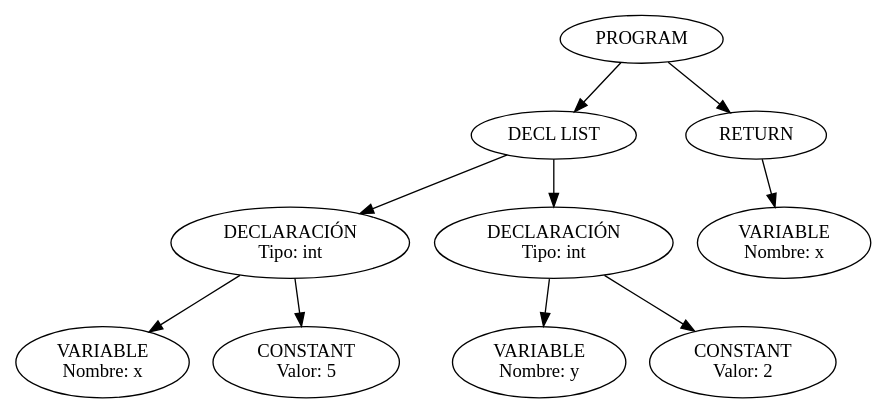
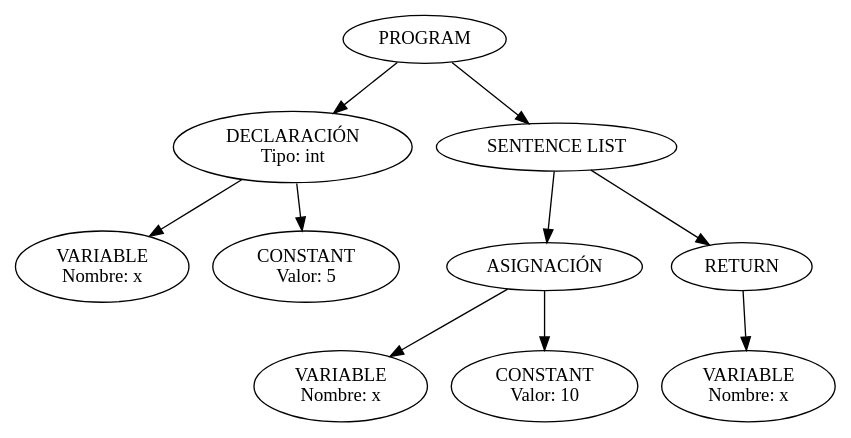
Before and after one commit to LucioMansilla/loopi_compiler: the diagram in ast.dot, drawn with Graphviz. The commit also changed 8 other files, not shown here.

```diff
--- a/ast.dot
+++ b/ast.dot
@@ -1,21 +1,21 @@
 digraph AST {
   0 [label="PROGRAM"];
-  1 [label="DECL LIST"];
-  2 [label="DECLARACIÓN\nTipo: int"];
-  3 [label="VARIABLE\nNombre: x"];
-  2 -> 3;
-  4 [label="CONSTANT\nValor: 5"];
-  2 -> 4;
+  1 [label="DECLARACIÓN\nTipo: int"];
+  2 [label="VARIABLE\nNombre: x"];
   1 -> 2;
-  5 [label="DECLARACIÓN\nTipo: int"];
-  6 [label="VARIABLE\nNombre: y"];
+  3 [label="CONSTANT\nValor: 5"];
+  1 -> 3;
+  0 -> 1;
+  4 [label="SENTENCE LIST"];
+  5 [label="ASIGNACIÓN"];
+  6 [label="VARIABLE\nNombre: x"];
   5 -> 6;
-  7 [label="CONSTANT\nValor: 2"];
+  7 [label="CONSTANT\nValor: 10"];
   5 -> 7;
-  1 -> 5;
-  0 -> 1;
+  4 -> 5;
   8 [label="RETURN"];
   9 [label="VARIABLE\nNombre: x"];
   8 -> 9;
-  0 -> 8;
+  4 -> 8;
+  0 -> 4;
 }
```
